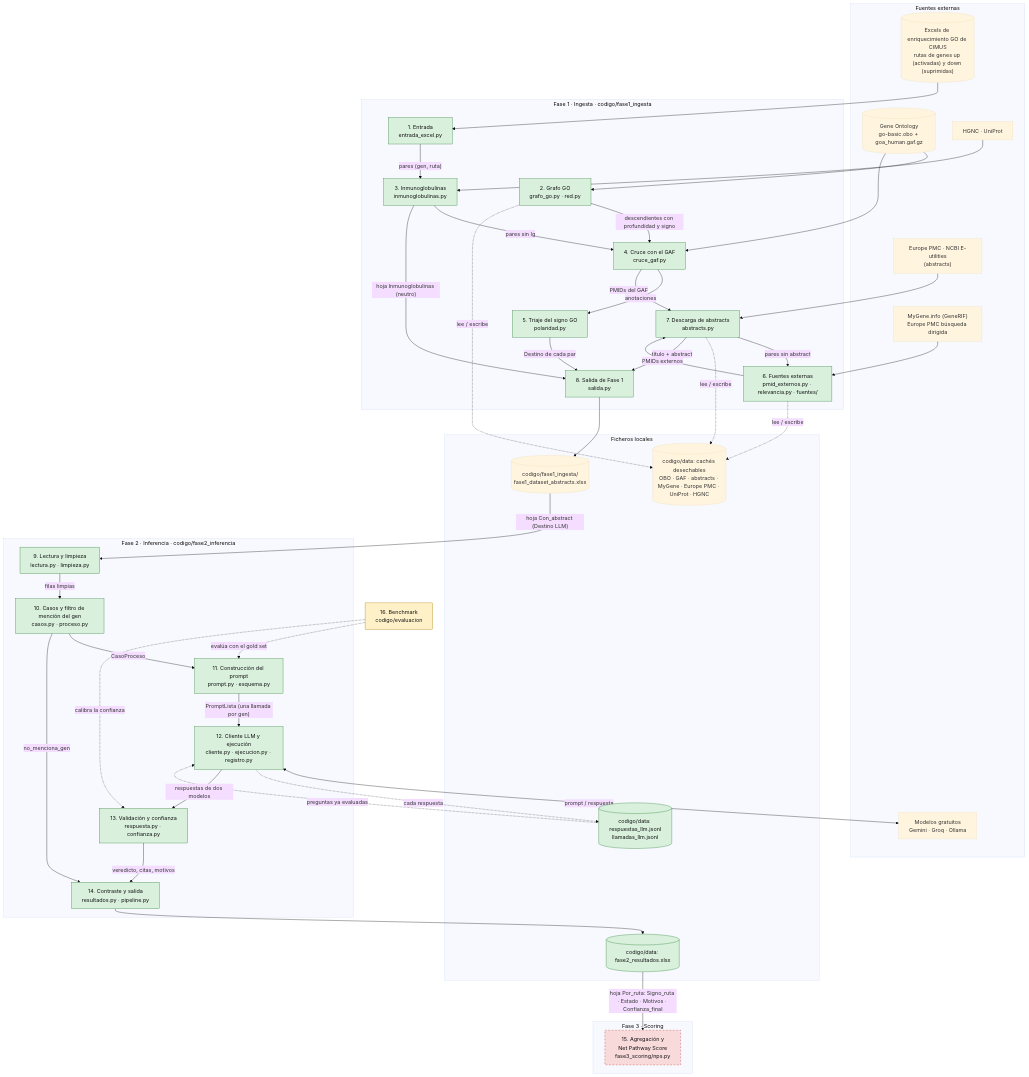
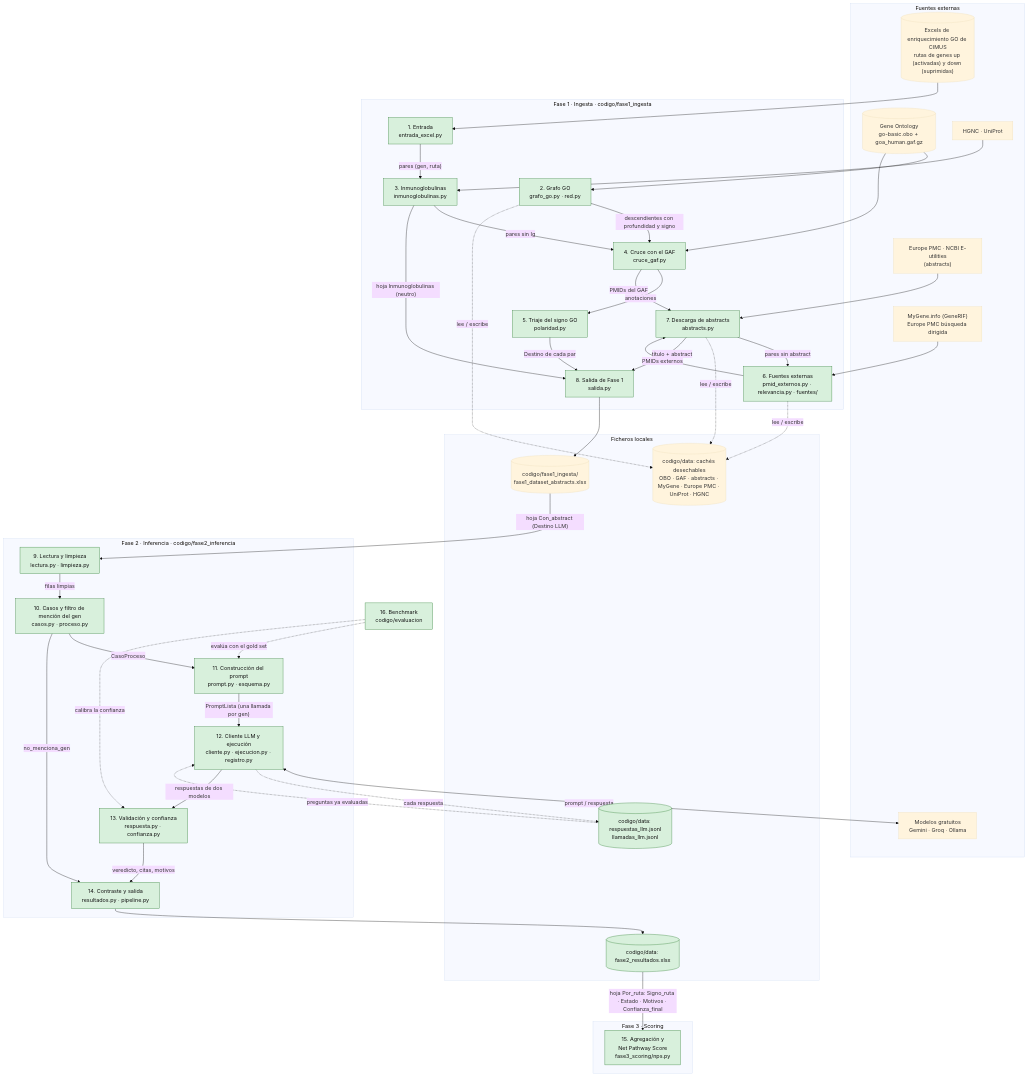
One commit to Pramm99/piia2-26 changed the diagram in entregas/cu-01-reinterpretacion-biologica/ARCHITECTURE.md. Above: the diagram before and after it, drawn with Mermaid (base theme). The commit also changed other lines of this file and 1 other file, not shown here.

Commit message:
Fase 2 y Fase 3 (SCORING): umbral sobre la confianza del modelo y diagrama al día
Decisión del equipo del 2026-11-11: UMBRAL_VEREDICTO se aplica a
confianza_modelo; confianza_final solo pesa el voto en el scoring. El ADR-003
recoge los motivos (estabilidad mientras avanza el contraste, recorte del 67 %
con confianza_final ≥ 80, sin doble penalización) y la alternativa descartada.
En el diagrama de ARCHITECTURE, el scoring y el benchmark pasan a implementados.

````diff
--- a/entregas/cu-01-reinterpretacion-biologica/ARCHITECTURE.md
+++ b/entregas/cu-01-reinterpretacion-biologica/ARCHITECTURE.md
@@ -96,6 +96,5 @@
     classDef pendiente fill:#f9dada,stroke:#b3261e,color:#111,stroke-dasharray:5 5
     class E1,E2,E3,E4,E5,E6,E7,E8 hecho
     class L1,L2,L3,L4,L5,L6,REG,RES hecho
-    class B1 parcial
-    class S1 pendiente
+    class S1,B1 hecho
 ```
````
